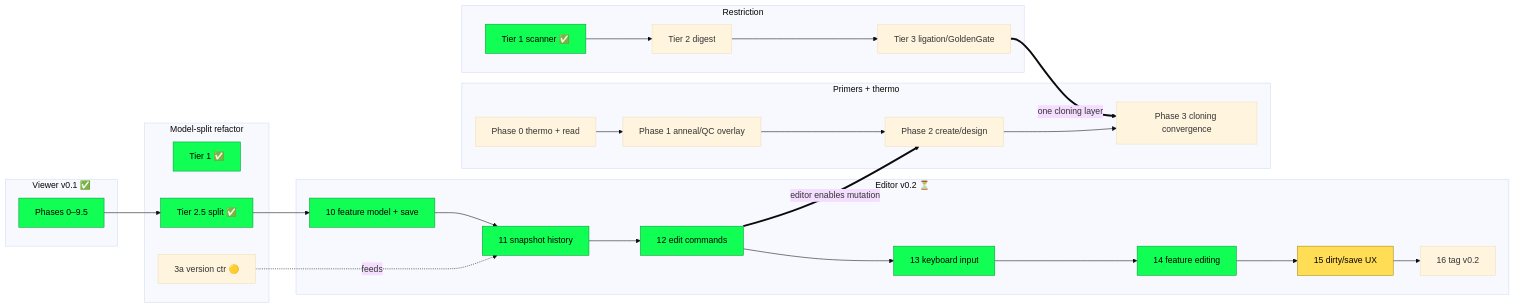
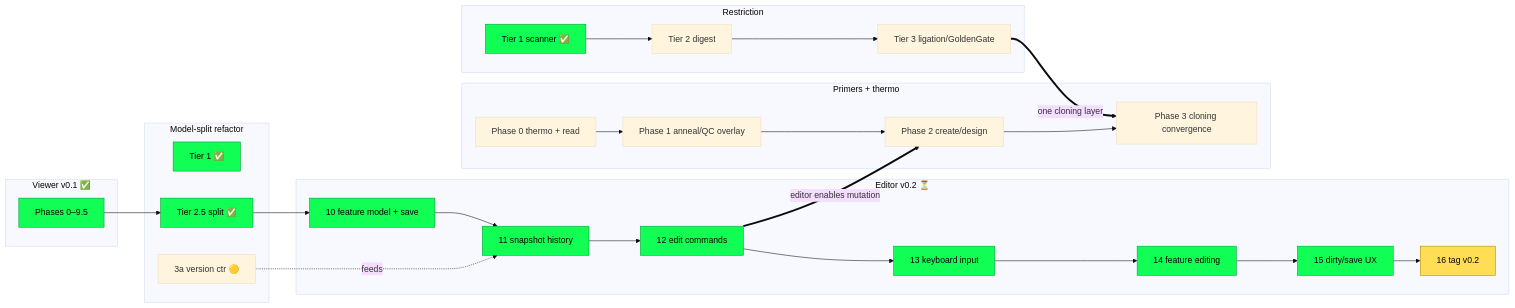
Before and after one commit to cmoscy/seqforge: the diagram in ROADMAP.md, drawn with Mermaid (base theme). The commit also changed 8 other files, not shown here.

````diff
--- a/ROADMAP.md
+++ b/ROADMAP.md
@@ -59,47 +59,47 @@
 ```mermaid
 flowchart LR
     subgraph viewer["Viewer v0.1 ✅"]
         V[Phases 0–9.5]
     end
     subgraph refactor["Model-split refactor"]
         R1[Tier 1 ✅]
         R25[Tier 2.5 split ✅]
         R3a[3a version ctr 🟡]
     end
     subgraph editor["Editor v0.2 ⏳"]
         E10[10 feature model + save]
         E11[11 snapshot history]
         E12[12 edit commands]
         E13[13 keyboard input]
         E14[14 feature editing]
         E15[15 dirty/save UX]
         E16[16 tag v0.2]
     end
     subgraph restr["Restriction"]
         T1[Tier 1 scanner ✅]
         T2[Tier 2 digest]
         T3[Tier 3 ligation/GoldenGate]
     end
     subgraph primer["Primers + thermo"]
         P0[Phase 0 thermo + read]
         P1[Phase 1 anneal/QC overlay]
         P2[Phase 2 create/design]
         P3[Phase 3 cloning convergence]
     end
 
     V --> R25
     R25 --> E10
     R3a -.feeds.-> E11
     E10 --> E11 --> E12 --> E13 --> E14 --> E15 --> E16
 
     T1 --> T2 --> T3
     P0 --> P1 --> P2 --> P3
 
     E12 ==>|editor enables mutation| P2
     T3 ==>|one cloning layer| P3
 
     classDef done fill:#1f5,stroke:#093,color:#000;
     classDef next fill:#fd5,stroke:#a80,color:#000;
-    class V,R1,R25,T1,E10,E11,E12,E13,E14 done;
-    class E15 next;
+    class V,R1,R25,T1,E10,E11,E12,E13,E14,E15 done;
+    class E16 next;
 ```
````
